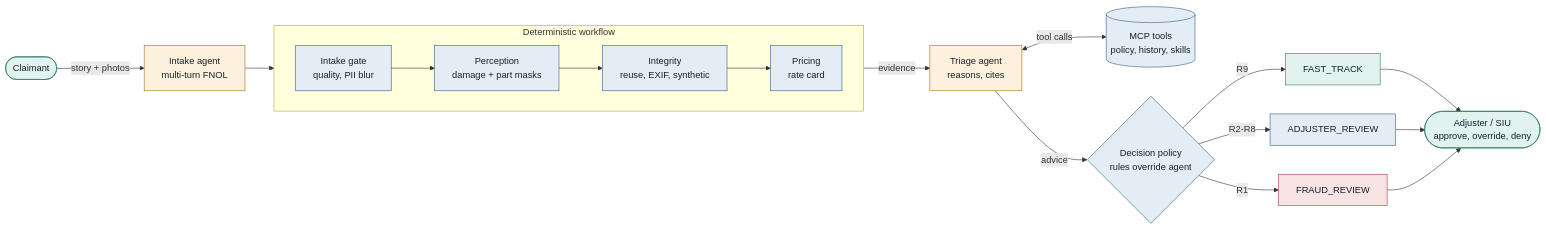
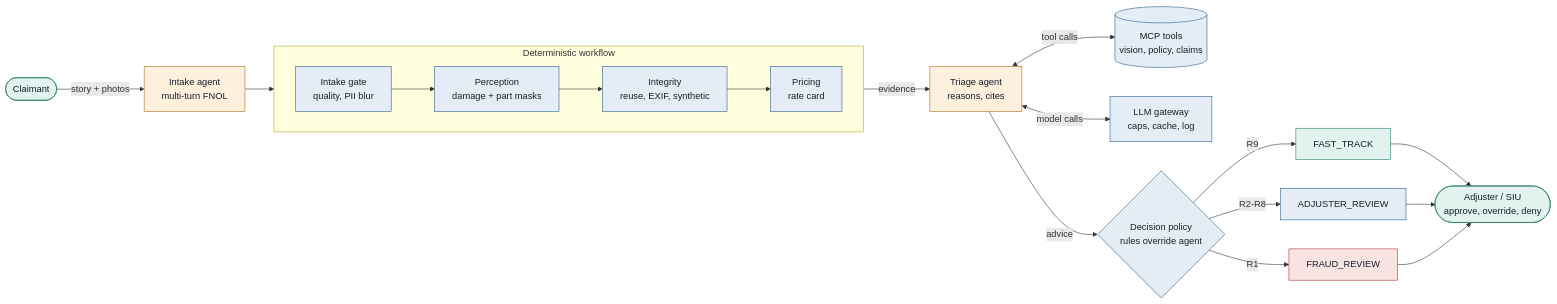
The first of 5 diagrams in README.md (kb2326/car-damage-detection-yolov8), drawn with Mermaid before and after one commit. The commit also changed other lines of this file, not shown here.

````diff
--- a/README.md
+++ b/README.md
@@ -32,29 +57,30 @@
 ```mermaid
 flowchart LR
     C([Claimant]) -->|story + photos| IA[Intake agent<br/>multi-turn FNOL]
 
     subgraph WF [Deterministic workflow]
         direction LR
         Q[Intake gate<br/>quality, PII blur] --> P[Perception<br/>damage + part masks]
         P --> I[Integrity<br/>reuse, EXIF, synthetic]
         I --> PR[Pricing<br/>rate card]
     end
 
     IA --> Q
     PR -->|evidence| TA[Triage agent<br/>reasons, cites]
-    TA <-->|tool calls| T[(MCP tools<br/>policy, history, skills)]
+    TA <-->|tool calls| T[(MCP tools<br/>vision, policy, claims)]
+    TA <-->|model calls| G[LLM gateway<br/>caps, cache, log]
     TA -->|advice| D{Decision policy<br/>rules override agent}
     D -->|R9| FT[FAST_TRACK]
     D -->|R2-R8| AR[ADJUSTER_REVIEW]
     D -->|R1| FR[FRAUD_REVIEW]
     FT & AR & FR --> H([Adjuster / SIU<br/>approve, override, deny])
 
     classDef llm fill:#fdf0dc,stroke:#a8701a,color:#15202b
     classDef det fill:#e4edf6,stroke:#2c5b8a,color:#15202b
     classDef human fill:#e2f2ee,stroke:#2a7a69,color:#15202b
     classDef fraud fill:#f8e3e3,stroke:#b03838,color:#15202b
     class IA,TA llm
-    class Q,P,I,PR,D,AR,T det
+    class Q,P,I,PR,D,AR,T,G det
     class C,H,FT human
     class FR fraud
 ```
````
